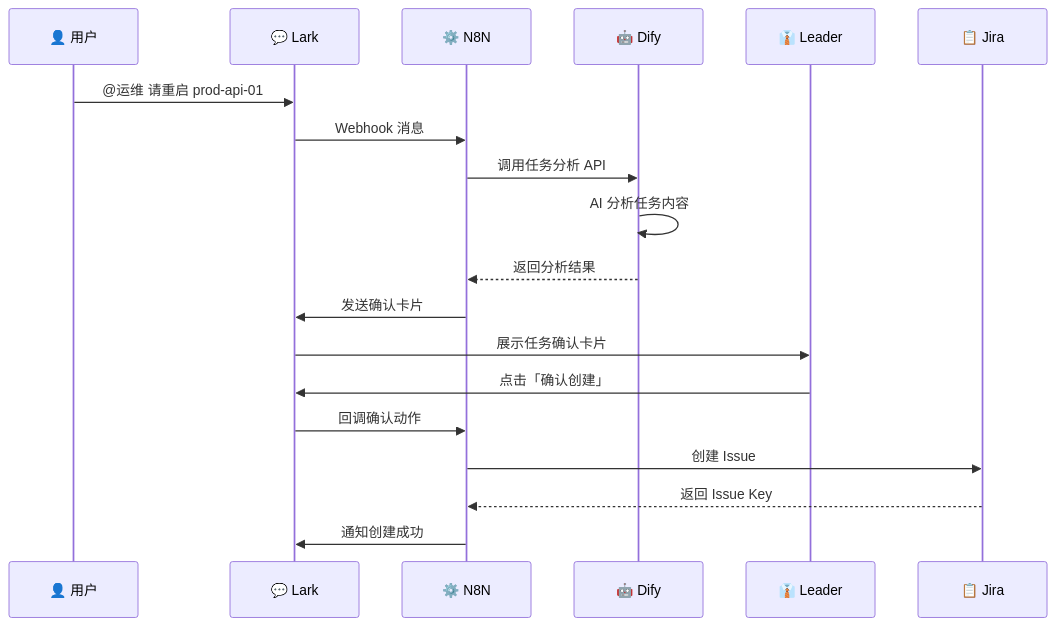
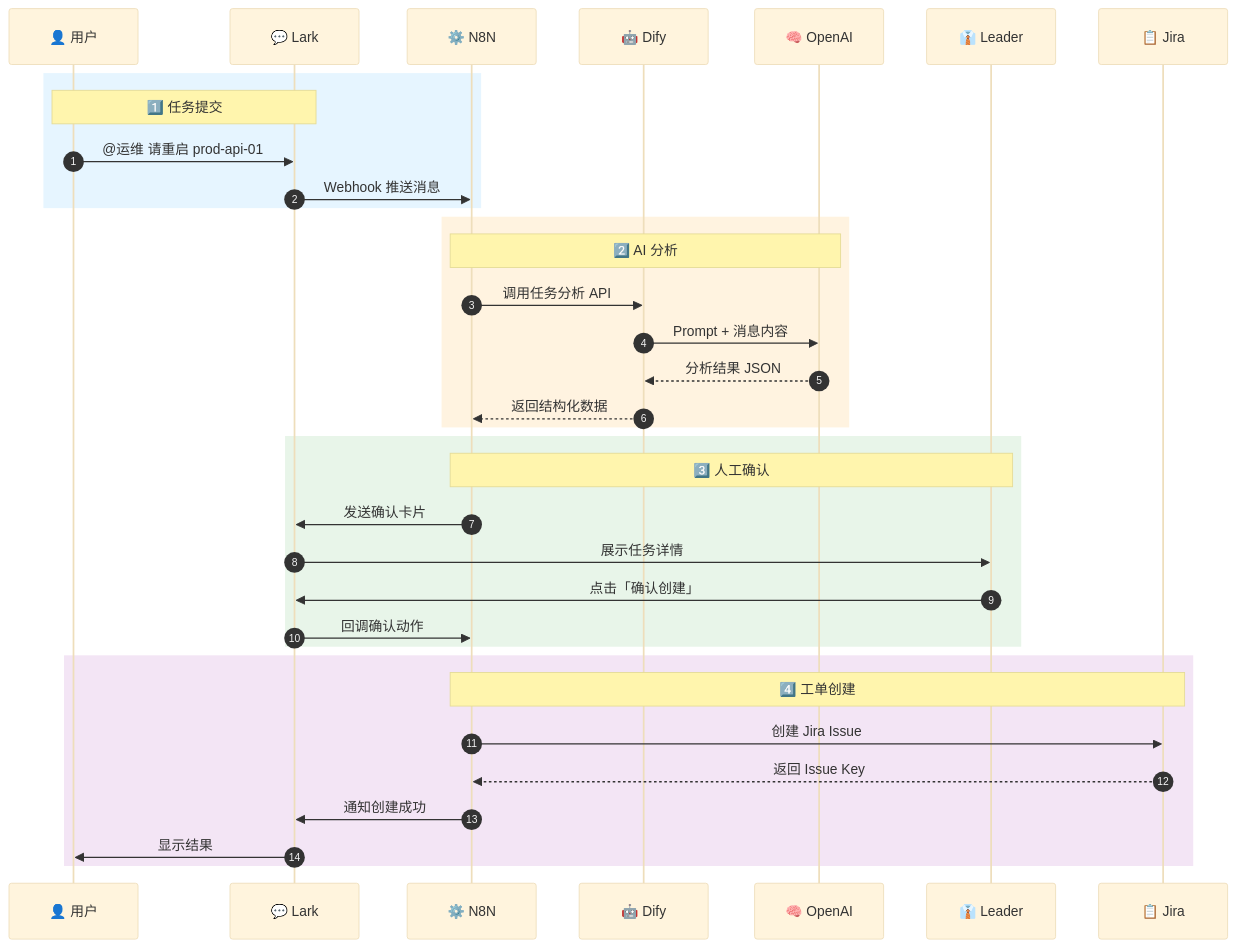
One commit to karl9141/ai-platform-technical changed the sixth of 11 diagrams in docs/architecture/system-architecture.md. Above: the diagram before and after it, drawn with Mermaid. The commit also changed other lines of this file, not shown here.

Commit message:
docs: Enterprise-grade architecture diagrams with detailed Mermaid charts

````diff
--- a/docs/architecture/system-architecture.md
+++ b/docs/architecture/system-architecture.md
@@ -78,22 +273,42 @@
 ```mermaid
+%%{init: {'theme': 'base'}}%%
 sequenceDiagram
-    participant User as 👤 用户
-    participant Lark as 💬 Lark
-    participant N8N as ⚙️ N8N
-    participant Dify as 🤖 Dify
-    participant Leader as 👔 Leader
-    participant Jira as 📋 Jira
+    autonumber
+    participant U as 👤 用户
+    participant L as 💬 Lark
+    participant N as ⚙️ N8N
+    participant D as 🤖 Dify
+    participant O as 🧠 OpenAI
+    participant LD as 👔 Leader
+    participant J as 📋 Jira
 
-    User->>Lark: @运维 请重启 prod-api-01
-    Lark->>N8N: Webhook 消息
-    N8N->>Dify: 调用任务分析 API
-    Dify->>Dify: AI 分析任务内容
-    Dify-->>N8N: 返回分析结果
-    N8N->>Lark: 发送确认卡片
-    Lark->>Leader: 展示任务确认卡片
-    Leader->>Lark: 点击「确认创建」
-    Lark->>N8N: 回调确认动作
-    N8N->>Jira: 创建 Issue
-    Jira-->>N8N: 返回 Issue Key
-    N8N->>Lark: 通知创建成功
+    rect rgb(230, 245, 255)
+        Note over U,L: 1️⃣ 任务提交
+        U->>L: @运维 请重启 prod-api-01
+        L->>N: Webhook 推送消息
+    end
+
+    rect rgb(255, 243, 224)
+        Note over N,O: 2️⃣ AI 分析
+        N->>D: 调用任务分析 API
+        D->>O: Prompt + 消息内容
+        O-->>D: 分析结果 JSON
+        D-->>N: 返回结构化数据
+    end
+
+    rect rgb(232, 245, 233)
+        Note over N,LD: 3️⃣ 人工确认
+        N->>L: 发送确认卡片
+        L->>LD: 展示任务详情
+        LD->>L: 点击「确认创建」
+        L->>N: 回调确认动作
+    end
+
+    rect rgb(243, 229, 245)
+        Note over N,J: 4️⃣ 工单创建
+        N->>J: 创建 Jira Issue
+        J-->>N: 返回 Issue Key
+        N->>L: 通知创建成功
+        L->>U: 显示结果
+    end
 ```
````
